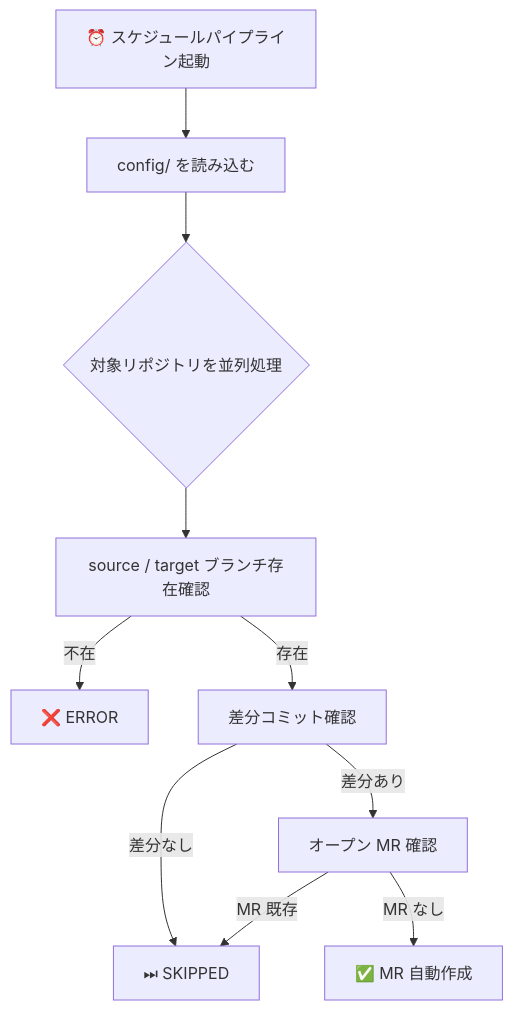
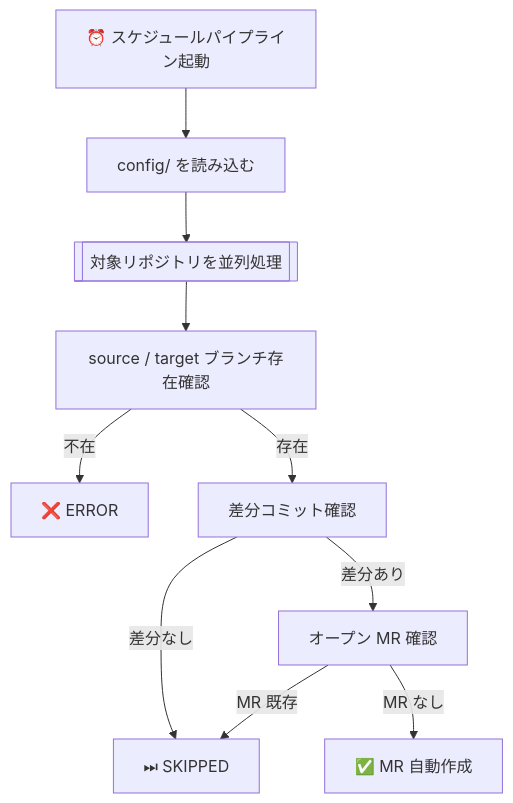
The diagram in README.md (sinnlosses/gitlab-watari-dori), drawn with Mermaid before and after one commit. The commit also changed other lines of this file, not shown here.

Commit message:
フローチャートと軽微なREADME修正

````diff
--- a/README.md
+++ b/README.md
@@ -73,12 +73,12 @@
 ```mermaid
 flowchart TD
     A[⏰ スケジュールパイプライン起動] --> B[config/ を読み込む]
-    B --> C{対象リポジトリを並列処理}
+    B --> C[[対象リポジトリを並列処理]]
     C --> D[source / target ブランチ存在確認]
     D -->|不在| E[❌ ERROR]
     D -->|存在| F[差分コミット確認]
     F -->|差分なし| G[⏭ SKIPPED]
     F -->|差分あり| H[オープン MR 確認]
     H -->|MR 既存| G
     H -->|MR なし| I[✅ MR 自動作成]
 ```
````
